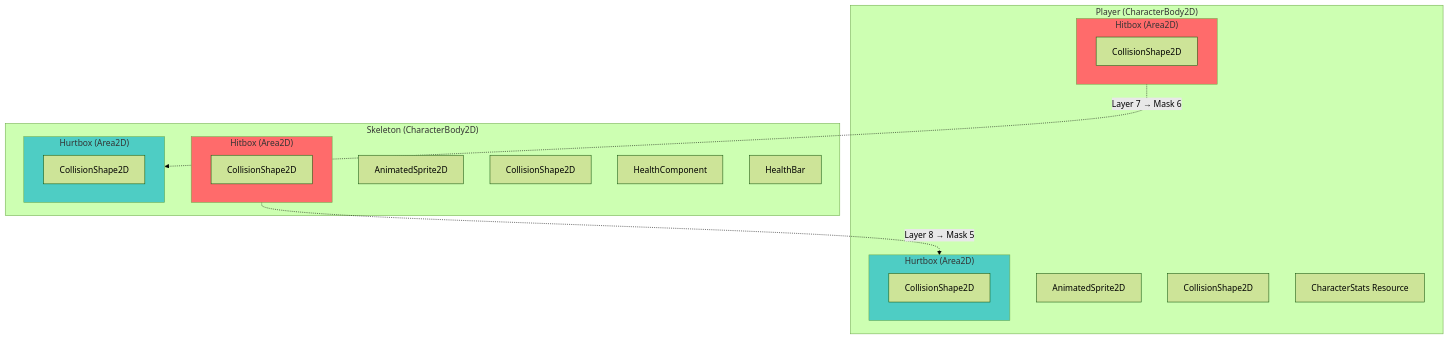
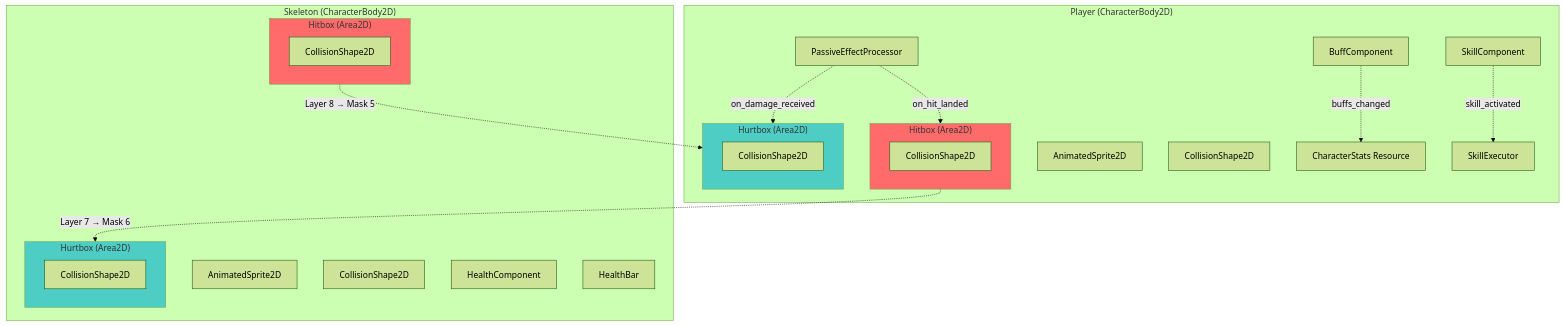
Before and after one commit to HauTranCong/emberfield: the second of 9 diagrams in docs/architecture.md, drawn with Mermaid (forest theme). The commit also changed other lines of this file and 6 other files, not shown here.

````diff
--- a/docs/architecture.md
+++ b/docs/architecture.md
@@ -240,39 +625,48 @@
 ```mermaid
 graph TD
     subgraph Player["Player (CharacterBody2D)"]
         PA[AnimatedSprite2D]
         PC[CollisionShape2D]
         PStats[CharacterStats Resource]
+        PBuff[BuffComponent]
+        PPassive[PassiveEffectProcessor]
+        PSkillComp[SkillComponent]
+        PSkillExec[SkillExecutor]
         
         subgraph PHitbox["Hitbox (Area2D)"]
             PHC[CollisionShape2D]
         end
         
         subgraph PHurtbox["Hurtbox (Area2D)"]
             PHUC[CollisionShape2D]
         end
     end
     
     subgraph Enemy["Skeleton (CharacterBody2D)"]
         EA[AnimatedSprite2D]
         EC[CollisionShape2D]
         EHC[HealthComponent]
         EHB[HealthBar]
         
         subgraph EHitbox["Hitbox (Area2D)"]
             EHitC[CollisionShape2D]
         end
         
         subgraph EHurtbox["Hurtbox (Area2D)"]
             EHurtC[CollisionShape2D]
         end
     end
     
     PHitbox -.->|"Layer 7 → Mask 6"| EHurtbox
     EHitbox -.->|"Layer 8 → Mask 5"| PHurtbox
     
+    PBuff -.->|"buffs_changed"| PStats
+    PPassive -.->|"on_hit_landed"| PHitbox
+    PPassive -.->|"on_damage_received"| PHurtbox
+    PSkillComp -.->|"skill_activated"| PSkillExec
+    
     style PHitbox fill:#ff6b6b
     style PHurtbox fill:#4ecdc4
     style EHitbox fill:#ff6b6b
     style EHurtbox fill:#4ecdc4
 ```
````
